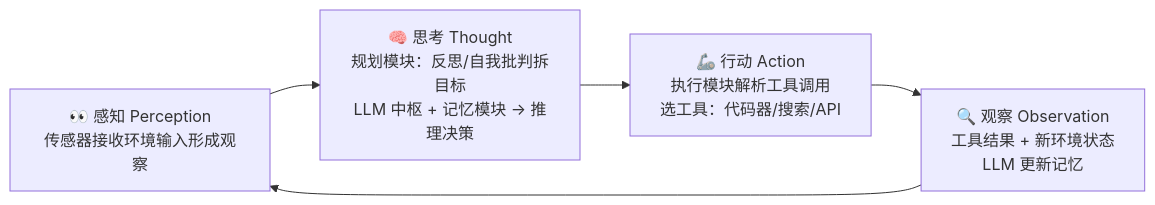
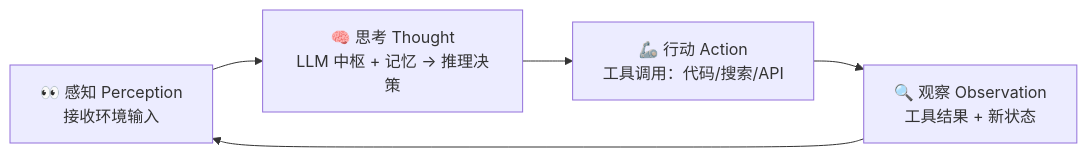
The third of 3 diagrams in Task02.md (julietavalentinahe-ai/hello-agents-notes-), drawn with Mermaid before and after one commit. The commit also changed other lines of this file, not shown here.

````diff
--- a/Task02.md
+++ b/Task02.md
@@ -345,7 +94,7 @@
 ```mermaid
 flowchart LR
-  P["👀 感知 Perception<br/>传感器接收环境输入形成观察"] --> T["🧠 思考 Thought<br/>规划模块：反思/自我批判拆目标<br/>LLM 中枢 + 记忆模块 → 推理决策"]
-  T --> A["🦾 行动 Action<br/>执行模块解析工具调用<br/>选工具：代码器/搜索/API"]
-  A --> O["🔍 观察 Observation<br/>工具结果 + 新环境状态<br/>LLM 更新记忆"]
+  P["👀 感知 Perception<br/>接收环境输入"] --> T["🧠 思考 Thought<br/>LLM 中枢 + 记忆 → 推理决策"]
+  T --> A["🦾 行动 Action<br/>工具调用：代码/搜索/API"]
+  A --> O["🔍 观察 Observation<br/>工具结果 + 新状态"]
   O --> P
 ```
````
